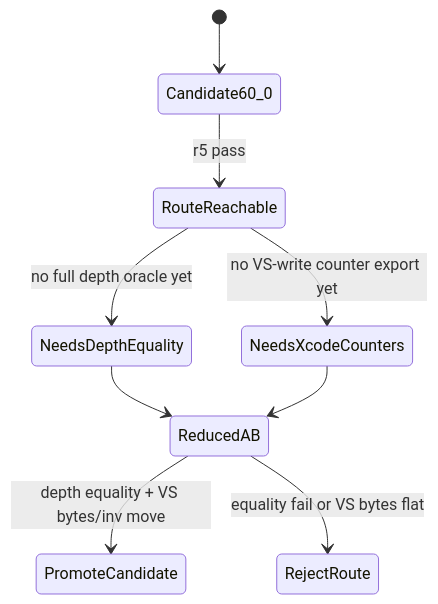
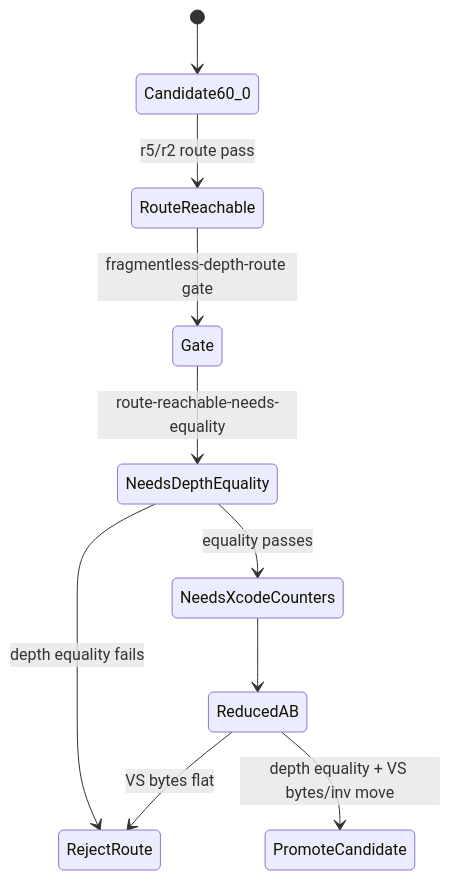
Before and after one commit to dfdgsdfg/dxmt9: the second of 2 diagrams in docs/perfomance/hidden-backend-storage/hidden-backend-storage-shape.26.md, drawn with Mermaid. The commit also changed other lines of this file and 60 other files, not shown here.

````diff
--- a/docs/perfomance/hidden-backend-storage/hidden-backend-storage-shape.26.md
+++ b/docs/perfomance/hidden-backend-storage/hidden-backend-storage-shape.26.md
@@ -123,11 +194,12 @@
 ```mermaid
 stateDiagram-v2
   [*] --> Candidate60_0
-  Candidate60_0 --> RouteReachable: r5 pass
-  RouteReachable --> NeedsDepthEquality: no full depth oracle yet
-  RouteReachable --> NeedsXcodeCounters: no VS-write counter export yet
-  NeedsDepthEquality --> ReducedAB
+  Candidate60_0 --> RouteReachable: r5/r2 route pass
+  RouteReachable --> Gate: fragmentless-depth-route gate
+  Gate --> NeedsDepthEquality: route-reachable-needs-equality
+  NeedsDepthEquality --> RejectRoute: depth equality fails
+  NeedsDepthEquality --> NeedsXcodeCounters: equality passes
   NeedsXcodeCounters --> ReducedAB
   ReducedAB --> PromoteCandidate: depth equality + VS bytes/inv move
-  ReducedAB --> RejectRoute: equality fail or VS bytes flat
+  ReducedAB --> RejectRoute: VS bytes flat
 ```
````
